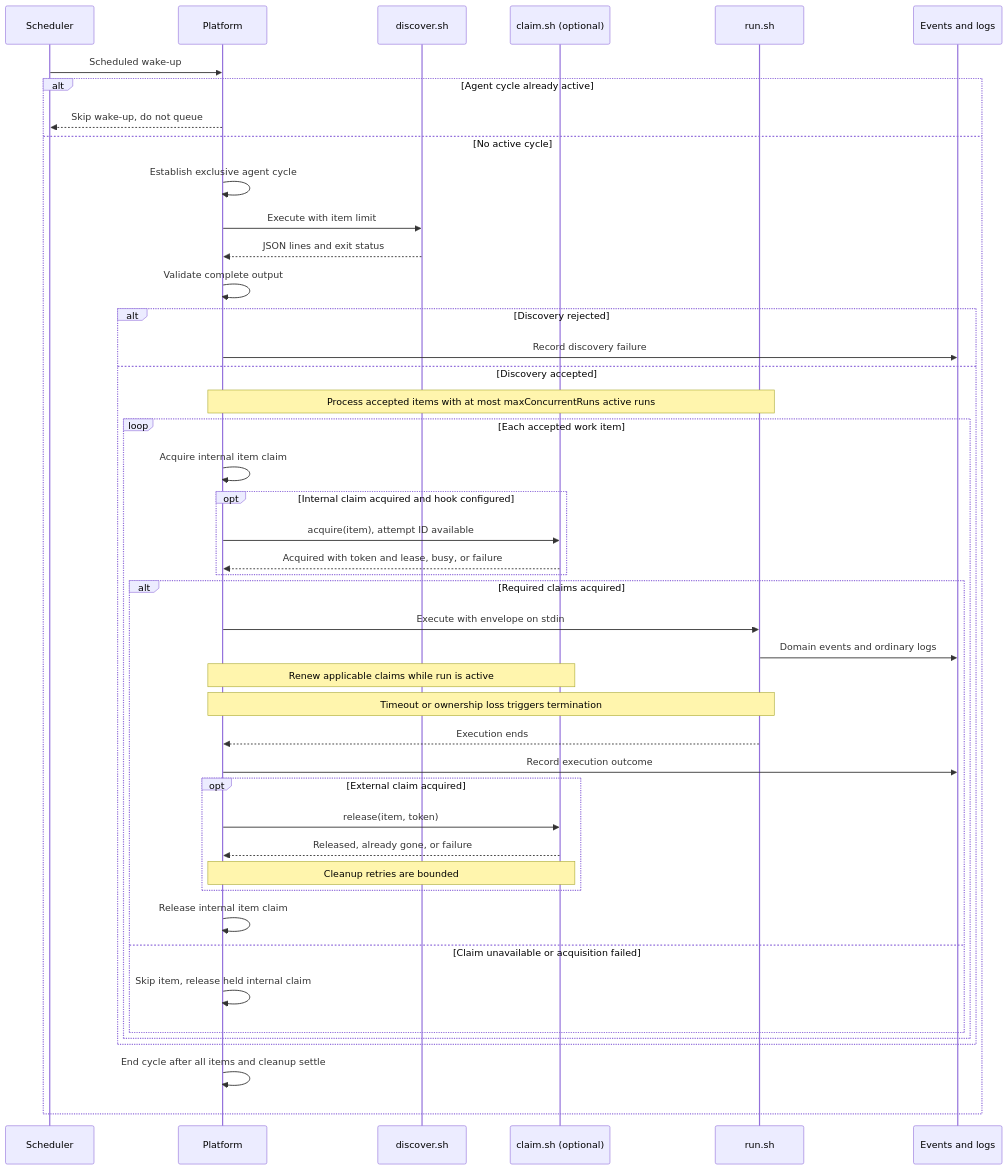
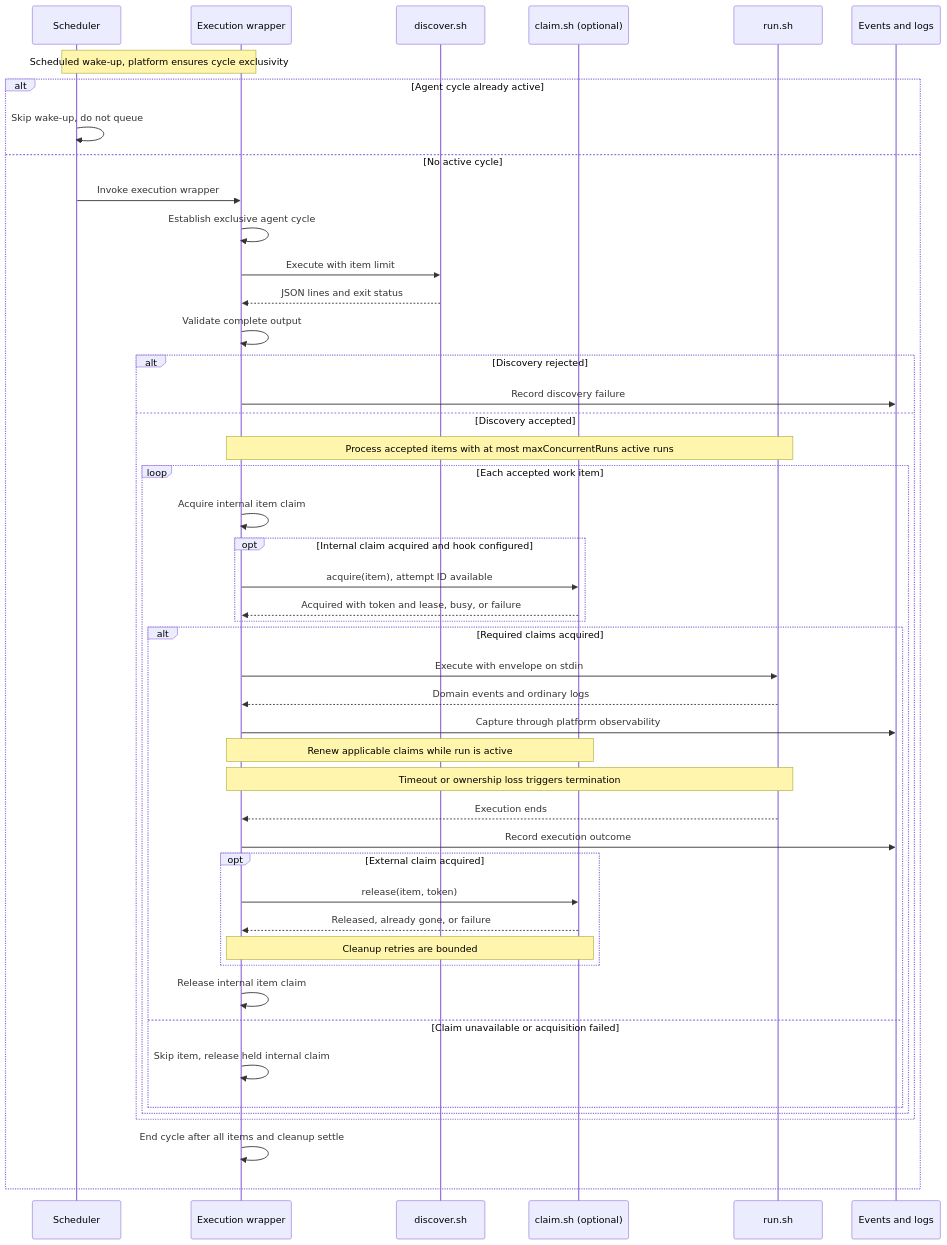
Before and after one commit to elsell/agent-execution-spec: the diagram in src/content/docs/sequence.md, drawn with Mermaid. The commit also changed other lines of this file and 5 other files, not shown here.

Commit message:
Distinguish scheduler from platform-owned execution wrapper

````diff
--- a/src/content/docs/sequence.md
+++ b/src/content/docs/sequence.md
@@ -8,50 +8,52 @@
 ```mermaid
 sequenceDiagram
     participant S as Scheduler
-    participant P as Platform
+    participant P as Execution wrapper
     participant D as discover.sh
     participant C as claim.sh (optional)
     participant R as run.sh
     participant O as Events and logs
 
-    S->>P: Scheduled wake-up
+    Note over S,P: Scheduled wake-up, platform ensures cycle exclusivity
     alt Agent cycle already active
-        P-->>S: Skip wake-up, do not queue
+        S->>S: Skip wake-up, do not queue
     else No active cycle
+        S->>P: Invoke execution wrapper
         P->>P: Establish exclusive agent cycle
         P->>D: Execute with item limit
         D-->>P: JSON lines and exit status
         P->>P: Validate complete output
 
         alt Discovery rejected
             P->>O: Record discovery failure
         else Discovery accepted
             Note over P,R: Process accepted items with at most maxConcurrentRuns active runs
             loop Each accepted work item
                 P->>P: Acquire internal item claim
                 opt Internal claim acquired and hook configured
                     P->>C: acquire(item), attempt ID available
                     C-->>P: Acquired with token and lease, busy, or failure
                 end
 
                 alt Required claims acquired
                     P->>R: Execute with envelope on stdin
-                    R->>O: Domain events and ordinary logs
+                    R-->>P: Domain events and ordinary logs
+                    P->>O: Capture through platform observability
                     Note over P,C: Renew applicable claims while run is active
                     Note over P,R: Timeout or ownership loss triggers termination
                     R-->>P: Execution ends
                     P->>O: Record execution outcome
                     opt External claim acquired
                         P->>C: release(item, token)
                         C-->>P: Released, already gone, or failure
                         Note over P,C: Cleanup retries are bounded
                     end
                     P->>P: Release internal item claim
                 else Claim unavailable or acquisition failed
                     P->>P: Skip item, release held internal claim
                 end
             end
         end
         P->>P: End cycle after all items and cleanup settle
     end
 ```
````
